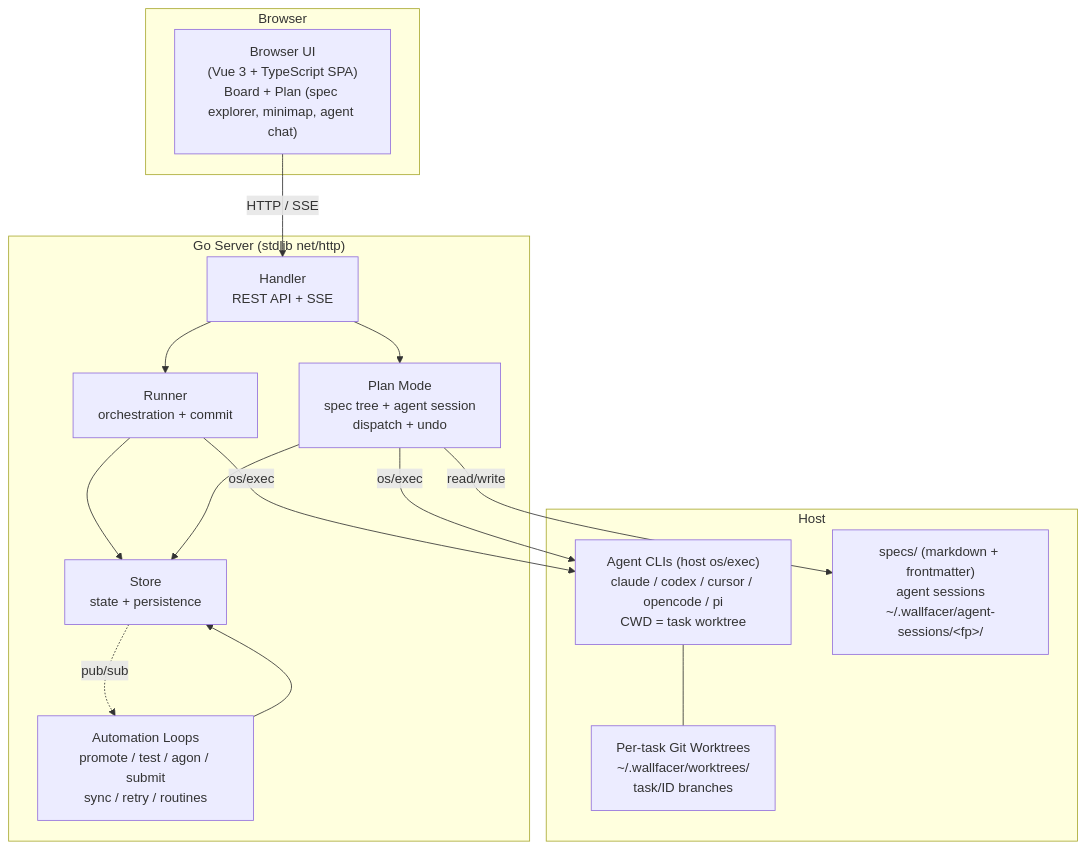
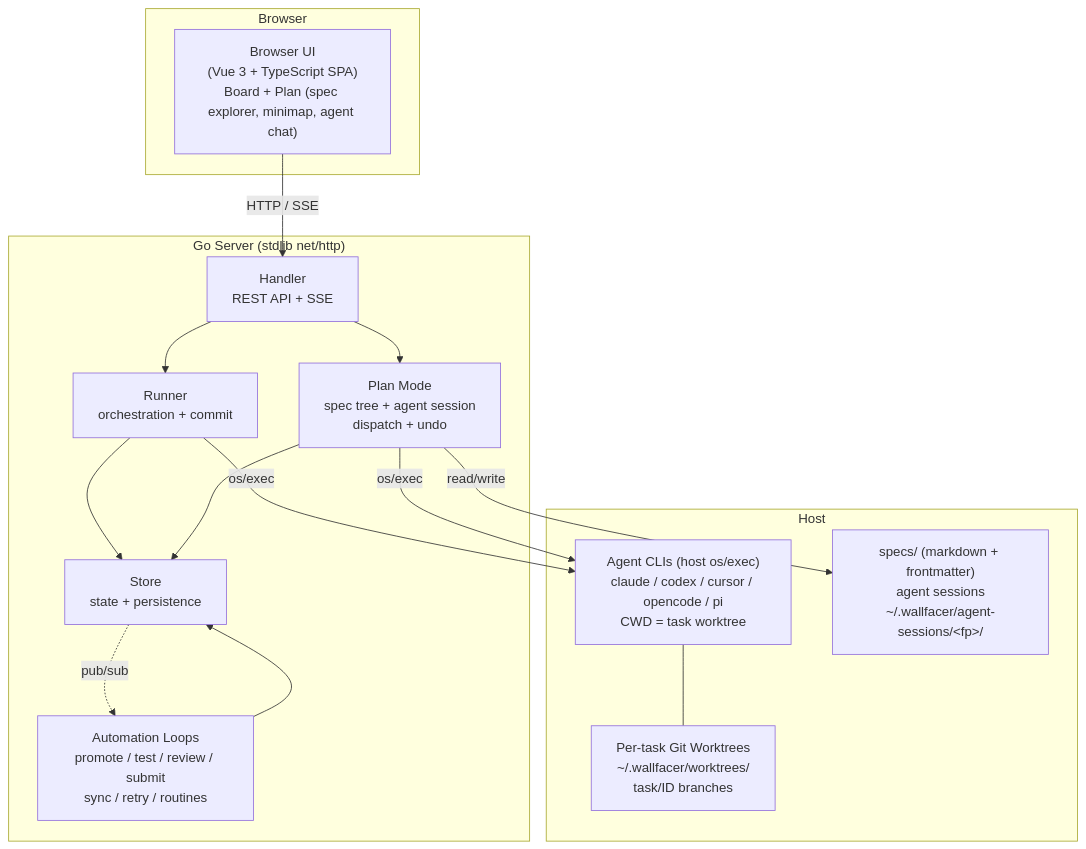
The first of 6 diagrams in docs/internals/architecture.md (changkun/wallfacer), drawn with Mermaid before and after one commit. The commit also changed other lines of this file and 63 other files, not shown here.

First line of the commit message:
refactor(review): scrub the agon name from wallfacer

````diff
--- a/docs/internals/architecture.md
+++ b/docs/internals/architecture.md
@@ -15,33 +15,33 @@
 ```mermaid
 graph TB
     subgraph Browser
         UI["Browser UI<br/>(Vue 3 + TypeScript SPA)<br/>Board + Plan (spec explorer, minimap, agent chat)"]
     end
 
     subgraph Server["Go Server (stdlib net/http)"]
         Handler["Handler<br/>REST API + SSE"]
         Runner["Runner<br/>orchestration + commit"]
         Store["Store<br/>state + persistence"]
-        Automation["Automation Loops<br/>promote / test / agon / submit<br/>sync / retry / routines"]
+        Automation["Automation Loops<br/>promote / test / review / submit<br/>sync / retry / routines"]
         Plan["Plan Mode<br/>spec tree + agent session<br/>dispatch + undo"]
 
         Handler --> Runner
         Handler --> Plan
         Runner --> Store
         Automation --> Store
         Plan --> Store
         Store -.->|pub/sub| Automation
     end
 
     subgraph Infra["Host"]
         Agents["Agent CLIs (host os/exec)<br/>claude / codex / cursor / opencode / pi<br/>CWD = task worktree"]
         Worktrees["Per-task Git Worktrees<br/>~/.wallfacer/worktrees/<br/>task/ID branches"]
         SpecsFS["specs/ (markdown + frontmatter)<br/>agent sessions<br/>~/.wallfacer/agent-sessions/&lt;fp&gt;/"]
         Agents --- Worktrees
     end
 
     UI -->|"HTTP / SSE"| Handler
     Runner -->|os/exec| Agents
     Plan -->|os/exec| Agents
     Plan -->|read/write| SpecsFS
 ```
````
